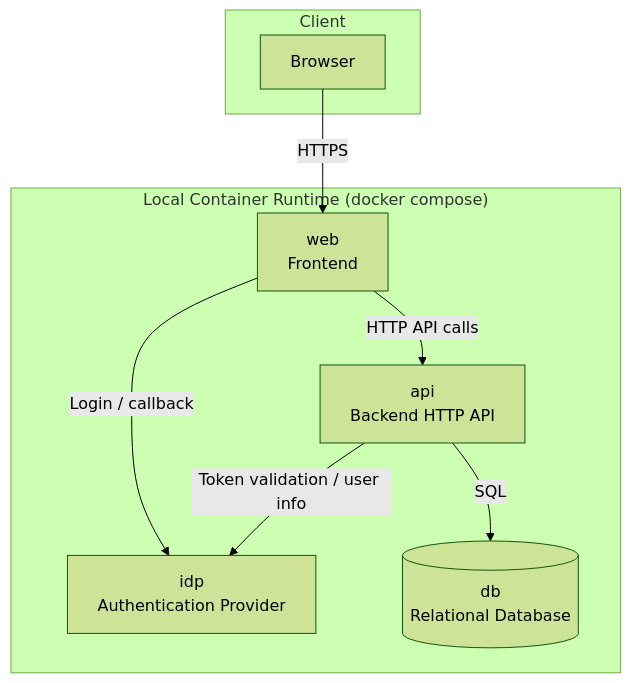
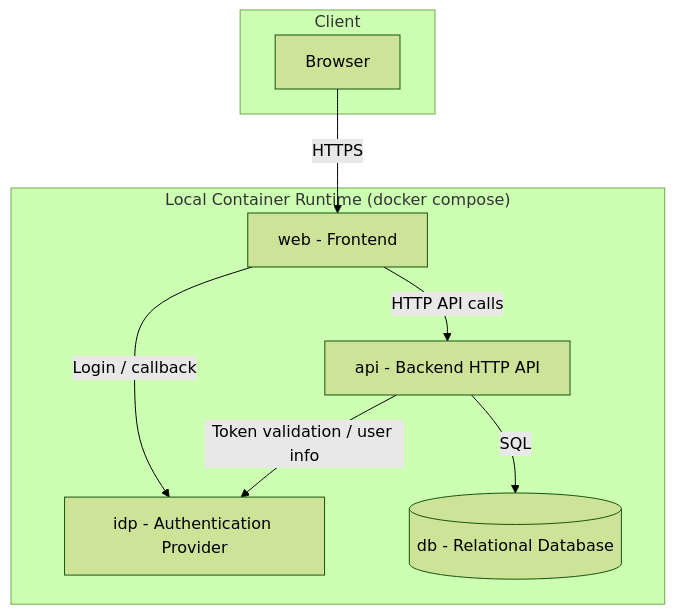
The diagram in diagrams/container.mmd (SPOooON/wigo4it-blijvenleren-mvp), drawn with Mermaid (forest theme) before and after one commit.

Commit message:
fix: remove literal newline escapes from container diagram labels

```diff
--- a/diagrams/container.mmd
+++ b/diagrams/container.mmd
@@ -1,17 +1,17 @@
 flowchart TB
     subgraph user["Client"]
         browser[Browser]
     end
 
     subgraph runtime["Local Container Runtime (docker compose)"]
-        web[web\nFrontend]
-        api[api\nBackend HTTP API]
-        idp[idp\nAuthentication Provider]
-        db[(db\nRelational Database)]
+        web[web - Frontend]
+        api[api - Backend HTTP API]
+        idp[idp - Authentication Provider]
+        db[(db - Relational Database)]
     end
 
     browser -->|HTTPS| web
     web -->|HTTP API calls| api
     web -->|Login / callback| idp
     api -->|Token validation / user info| idp
     api -->|SQL| db
```
